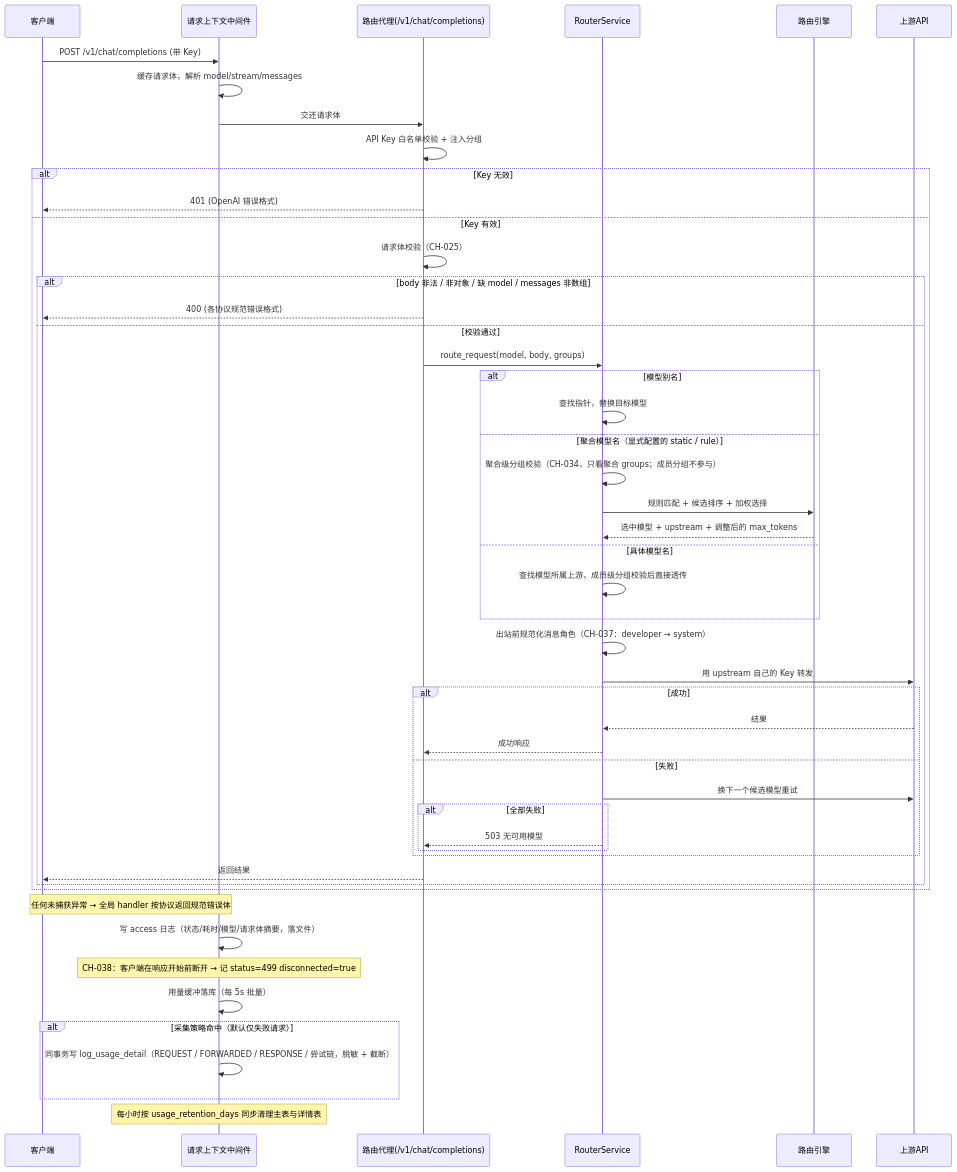
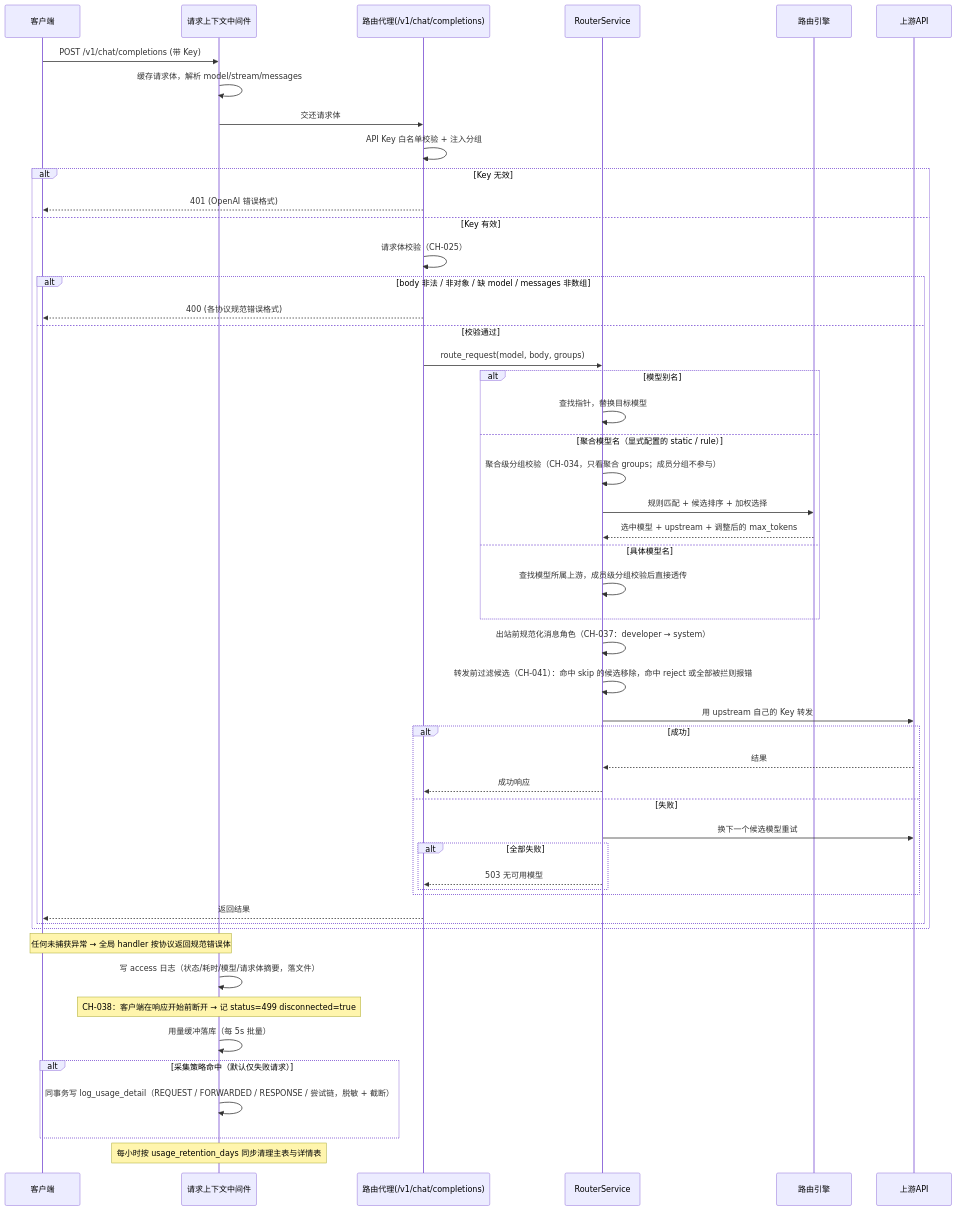
Before and after one commit to 66wjz/smart_router: the first of 5 diagrams in docs/系统核心流程.md, drawn with Mermaid. The commit also changed other lines of this file and 35 other files, not shown here.

````diff
--- a/docs/系统核心流程.md
+++ b/docs/系统核心流程.md
@@ -28,53 +28,54 @@
 ```mermaid
 sequenceDiagram
     participant C as 客户端
     participant L as 请求上下文中间件
     participant R as 路由代理(/v1/chat/completions)
     participant S as RouterService
     participant E as 路由引擎
     participant U as 上游API
 
     C->>L: POST /v1/chat/completions (带 Key)
     L->>L: 缓存请求体，解析 model/stream/messages
     L->>R: 交还请求体
     R->>R: API Key 白名单校验 + 注入分组
     alt Key 无效
         R-->>C: 401 (OpenAI 错误格式)
     else Key 有效
         R->>R: 请求体校验（CH-025）
         alt body 非法 / 非对象 / 缺 model / messages 非数组
             R-->>C: 400 (各协议规范错误格式)
         else 校验通过
             R->>S: route_request(model, body, groups)
             alt 模型别名
                 S->>S: 查找指针，替换目标模型
             else 聚合模型名（显式配置的 static / rule）
                 S->>S: 聚合级分组校验（CH-034，只看聚合 groups；成员分组不参与）
                 S->>E: 规则匹配 + 候选排序 + 加权选择
                 E-->>S: 选中模型 + upstream + 调整后的 max_tokens
             else 具体模型名
                 S->>S: 查找模型所属上游，成员级分组校验后直接透传
             end
             S->>S: 出站前规范化消息角色（CH-037：developer → system）
+            S->>S: 转发前过滤候选（CH-041）：命中 skip 的候选移除，命中 reject 或全部被拦则报错
             S->>U: 用 upstream 自己的 Key 转发
             alt 成功
                 U-->>S: 结果
                 S-->>R: 成功响应
             else 失败
                 S->>U: 换下一个候选模型重试
                 alt 全部失败
                     S-->>R: 503 无可用模型
                 end
             end
             R-->>C: 返回结果
         end
     end
     Note over L,C: 任何未捕获异常 → 全局 handler 按协议返回规范错误体
     L->>L: 写 access 日志（状态/耗时/模型/请求体摘要，落文件）
     Note over L: CH-038：客户端在响应开始前断开 → 记 status=499 disconnected=true
     L->>L: 用量缓冲落库（每 5s 批量）
     alt 采集策略命中（默认仅失败请求）
         L->>L: 同事务写 log_usage_detail（REQUEST / FORWARDED / RESPONSE / 尝试链，脱敏 + 截断）
     end
     Note over L: 每小时按 usage_retention_days 同步清理主表与详情表
 ```
````
